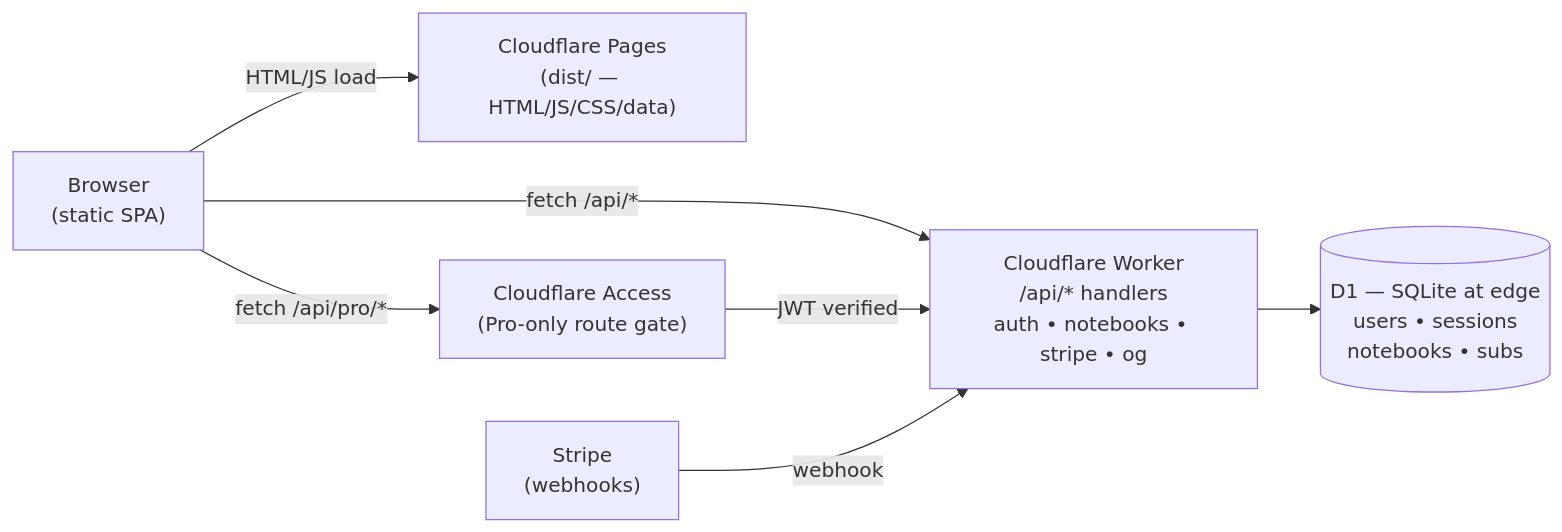
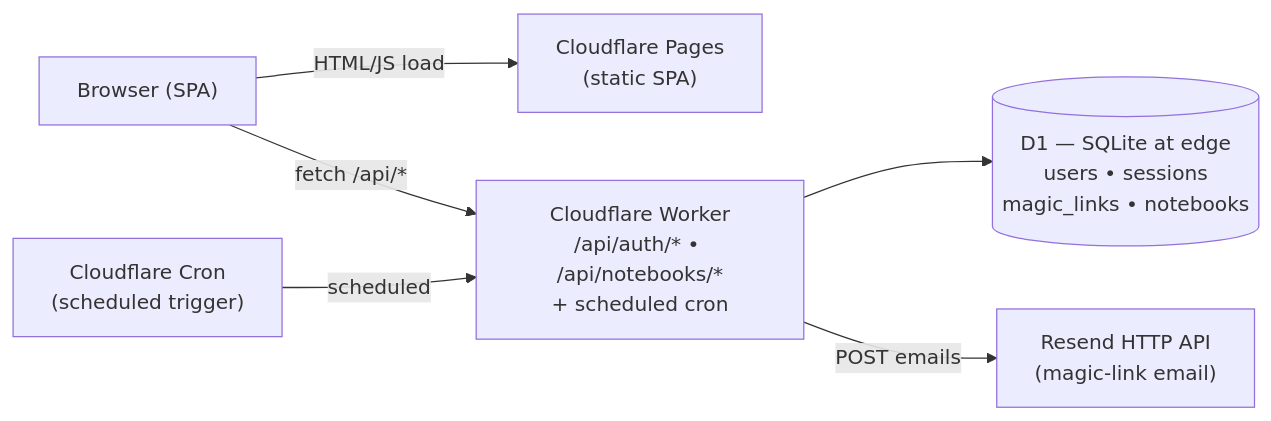
One commit to robsartin/planisphere changed the ninth of 9 diagrams in docs/architecture.md. Above: the diagram before and after it, drawn with Mermaid. The commit also changed other lines of this file and 3 other files, not shown here.

````diff
--- a/docs/architecture.md
+++ b/docs/architecture.md
@@ -1032,16 +1114,15 @@
 ```mermaid
 flowchart LR
-    Browser["Browser<br/>(static SPA)"]
-    Pages["Cloudflare Pages<br/>(dist/ — HTML/JS/CSS/data)"]
-    Worker["Cloudflare Worker<br/>/api/* handlers<br/>auth • notebooks • stripe • og"]
-    Access["Cloudflare Access<br/>(Pro-only route gate)"]
-    D1[("D1 — SQLite at edge<br/>users • sessions<br/>notebooks • subs")]
-    Stripe["Stripe<br/>(webhooks)"]
+    Browser["Browser (SPA)"]
+    Pages["Cloudflare Pages<br/>(static SPA)"]
+    Worker["Cloudflare Worker<br/>/api/auth/* • /api/notebooks/*<br/>+ scheduled cron"]
+    D1[("D1 — SQLite at edge<br/>users • sessions<br/>magic_links • notebooks")]
+    Resend["Resend HTTP API<br/>(magic-link email)"]
+    Cron["Cloudflare Cron<br/>(scheduled trigger)"]
 
     Browser -->|HTML/JS load| Pages
     Browser -->|fetch /api/*| Worker
-    Browser -->|fetch /api/pro/*| Access
-    Access -->|JWT verified| Worker
     Worker --> D1
-    Stripe -->|webhook| Worker
+    Worker -->|POST emails| Resend
+    Cron -->|scheduled| Worker
 ```
````
